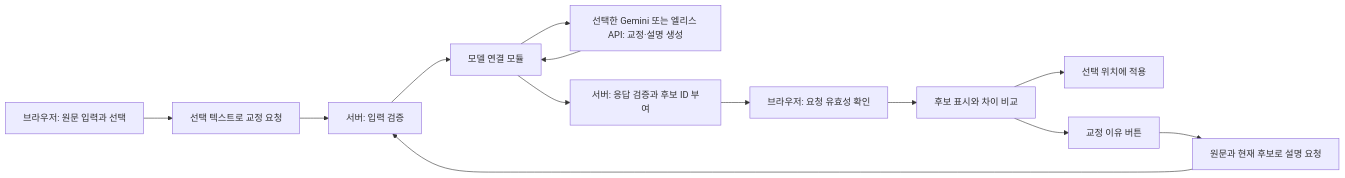
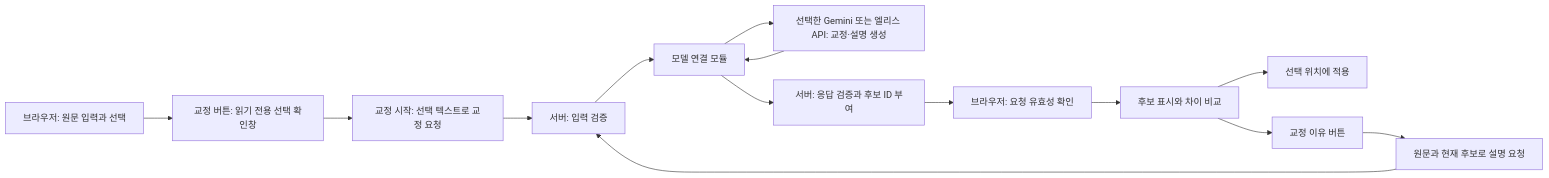
The diagram in docs/ARCHITECTURE.md (dhwjdgh1122/writing-demo), drawn with Mermaid before and after one commit. The commit also changed other lines of this file and 19 other files, not shown here.

````diff
--- a/docs/ARCHITECTURE.md
+++ b/docs/ARCHITECTURE.md
@@ -27,15 +27,16 @@
 ```mermaid
 flowchart LR
-    A[브라우저: 원문 입력과 선택] --> B[선택 텍스트로 교정 요청]
+    A[브라우저: 원문 입력과 선택] --> A1[교정 버튼: 읽기 전용 선택 확인창]
+    A1 --> B[교정 시작: 선택 텍스트로 교정 요청]
     B --> C[서버: 입력 검증]
     C --> D[모델 연결 모듈]
     D --> E[선택한 Gemini 또는 엘리스 API: 교정·설명 생성]
     E --> D
     D --> F[서버: 응답 검증과 후보 ID 부여]
     F --> G[브라우저: 요청 유효성 확인]
     G --> H[후보 표시와 차이 비교]
     H --> I[선택 위치에 적용]
     H --> J[교정 이유 버튼]
     J --> K[원문과 현재 후보로 설명 요청]
     K --> C
 ```
````
